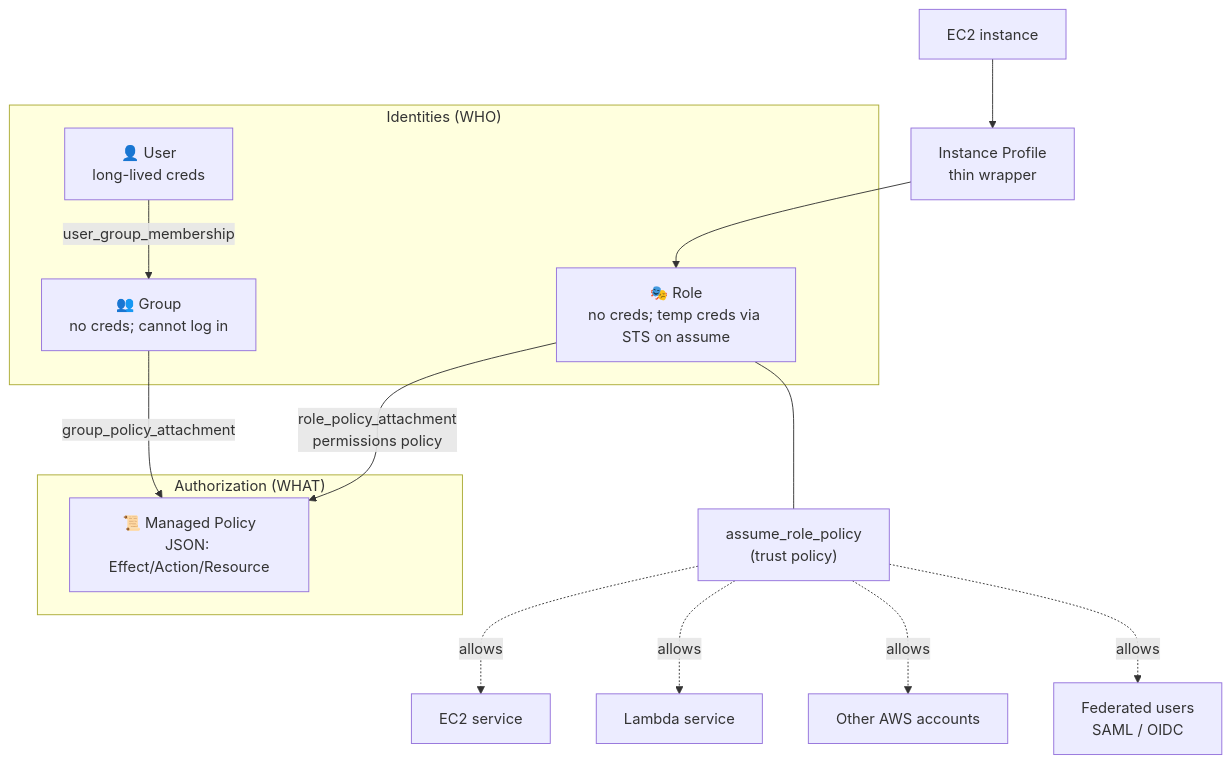
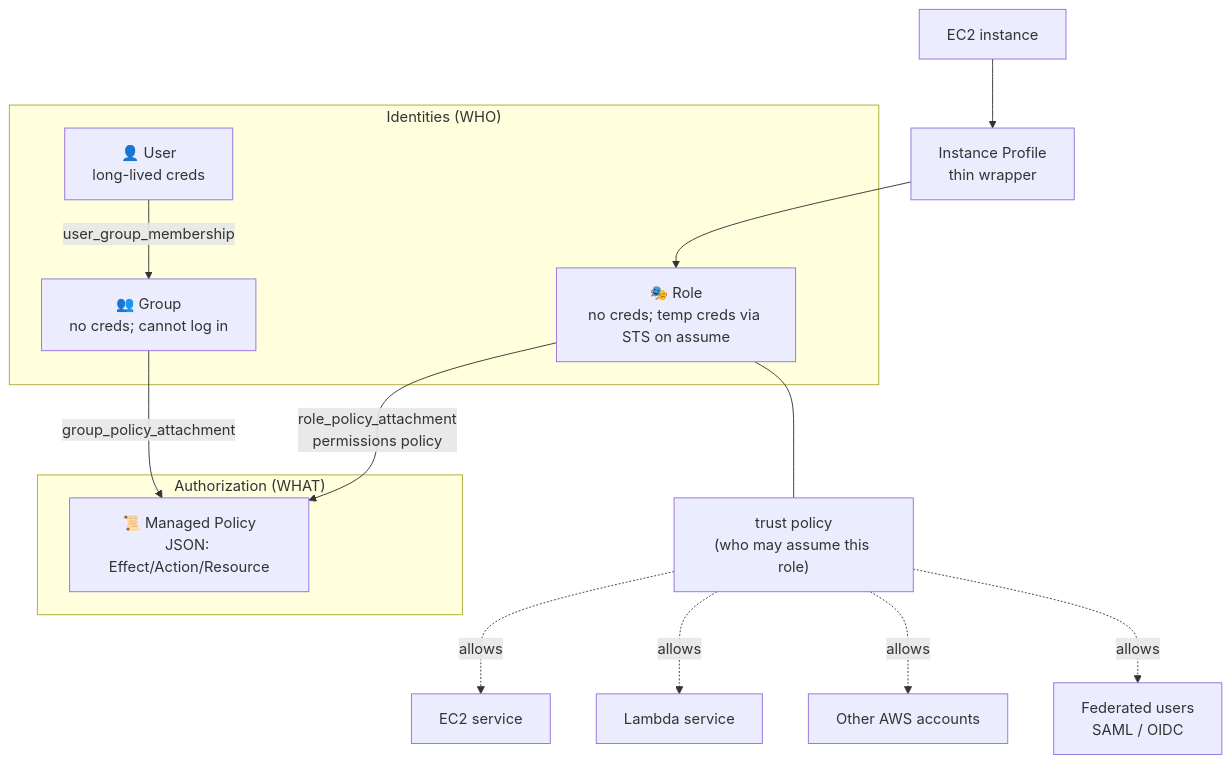
Before and after one commit to rahilbshah/aws-tf-lab: the diagram in aws-tf-lab/01-iam.md, drawn with Mermaid. The commit also changed other lines of this file and 3 other files, not shown here.

````diff
--- a/aws-tf-lab/01-iam.md
+++ b/aws-tf-lab/01-iam.md
@@ -150,24 +155,24 @@
 ```mermaid
 flowchart TD
     subgraph IDS["Identities (WHO)"]
         U["👤 User<br/>long-lived creds"]
         G["👥 Group<br/>no creds; cannot log in"]
         R["🎭 Role<br/>no creds; temp creds via STS on assume"]
     end
 
     subgraph POL["Authorization (WHAT)"]
         P1["📜 Managed Policy<br/>JSON: Effect/Action/Resource"]
     end
 
     U -- user_group_membership --> G
     G -- group_policy_attachment --> P1
     R -- role_policy_attachment<br/>permissions policy --> P1
 
-    R --- T["assume_role_policy<br/>(trust policy)"]
+    R --- T["trust policy<br/>(who may assume this role)"]
     T -. allows .-> EC2svc["EC2 service"]
     T -. allows .-> Lambdasvc["Lambda service"]
     T -. allows .-> XAcct["Other AWS accounts"]
     T -. allows .-> Fed["Federated users<br/>SAML / OIDC"]
 
     EC2I["EC2 instance"] --> IP["Instance Profile<br/>thin wrapper"] --> R
 ```
````
